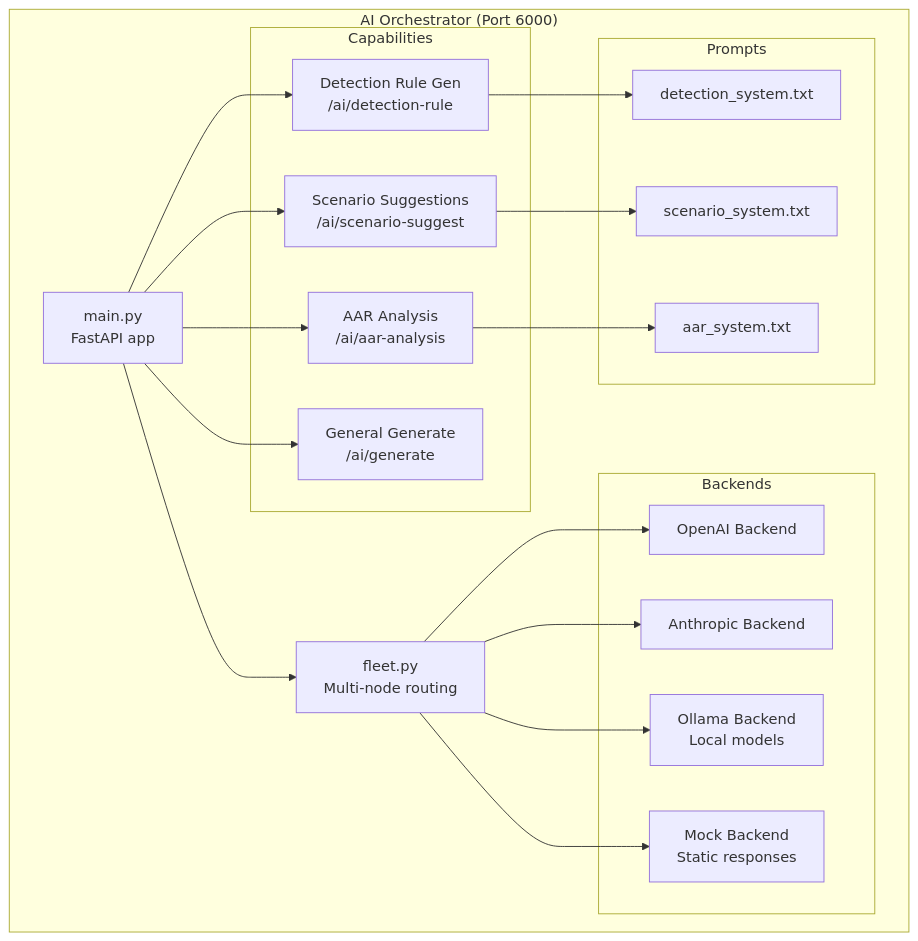
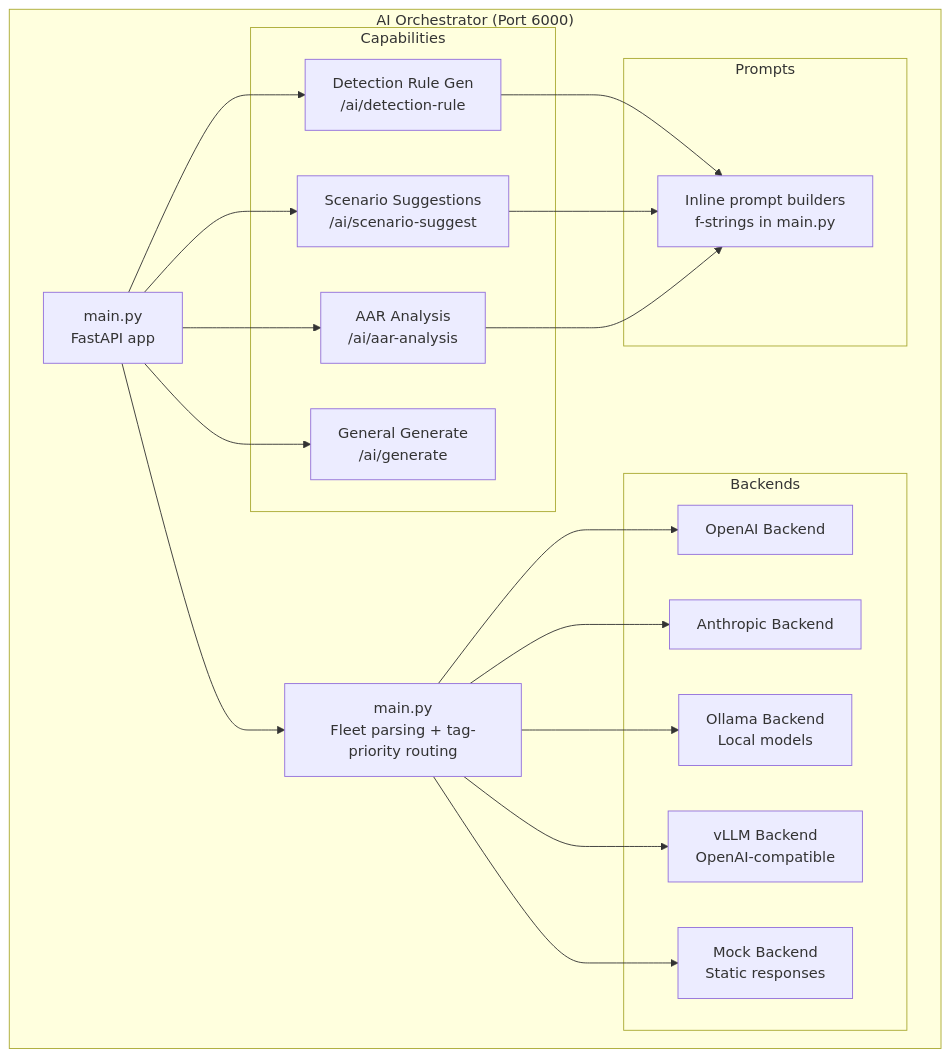
Before and after one commit to mblanke/TrueNorth: the fifth of 15 diagrams in docs/architecture.md, drawn with Mermaid. The commit also changed other lines of this file, not shown here.

Commit message:
uncommitted at end of run w-dc-architecture-r1 (collected by tn-run.sh)

````diff
--- a/docs/architecture.md
+++ b/docs/architecture.md
@@ -197,40 +195,40 @@
 ```mermaid
 graph TB
     subgraph "AI Orchestrator (Port 6000)"
         AIMAIN["main.py<br/>FastAPI app"]
-        FLEET["fleet.py<br/>Multi-node routing"]
+        FLEET["main.py<br/>Fleet parsing + tag-priority routing"]
         
         subgraph "Capabilities"
             DET["Detection Rule Gen<br/>/ai/detection-rule"]
             SUG["Scenario Suggestions<br/>/ai/scenario-suggest"]
             AAR["AAR Analysis<br/>/ai/aar-analysis"]
             GEN["General Generate<br/>/ai/generate"]
         end
 
         subgraph "Backends"
             OAI["OpenAI Backend"]
             ANT["Anthropic Backend"]
             OLL["Ollama Backend<br/>Local models"]
+            VLLM["vLLM Backend<br/>OpenAI-compatible"]
             MOCK_AI["Mock Backend<br/>Static responses"]
         end
 
         subgraph "Prompts"
-            P1["detection_system.txt"]
-            P2["scenario_system.txt"]
-            P3["aar_system.txt"]
+            P1["Inline prompt builders<br/>f-strings in main.py"]
         end
     end
 
     AIMAIN --> FLEET
     AIMAIN --> DET
     AIMAIN --> SUG
     AIMAIN --> AAR
     AIMAIN --> GEN
     FLEET --> OAI
     FLEET --> ANT
     FLEET --> OLL
+    FLEET --> VLLM
     FLEET --> MOCK_AI
     DET --> P1
-    SUG --> P2
-    AAR --> P3
+    SUG --> P1
+    AAR --> P1
 ```
````
